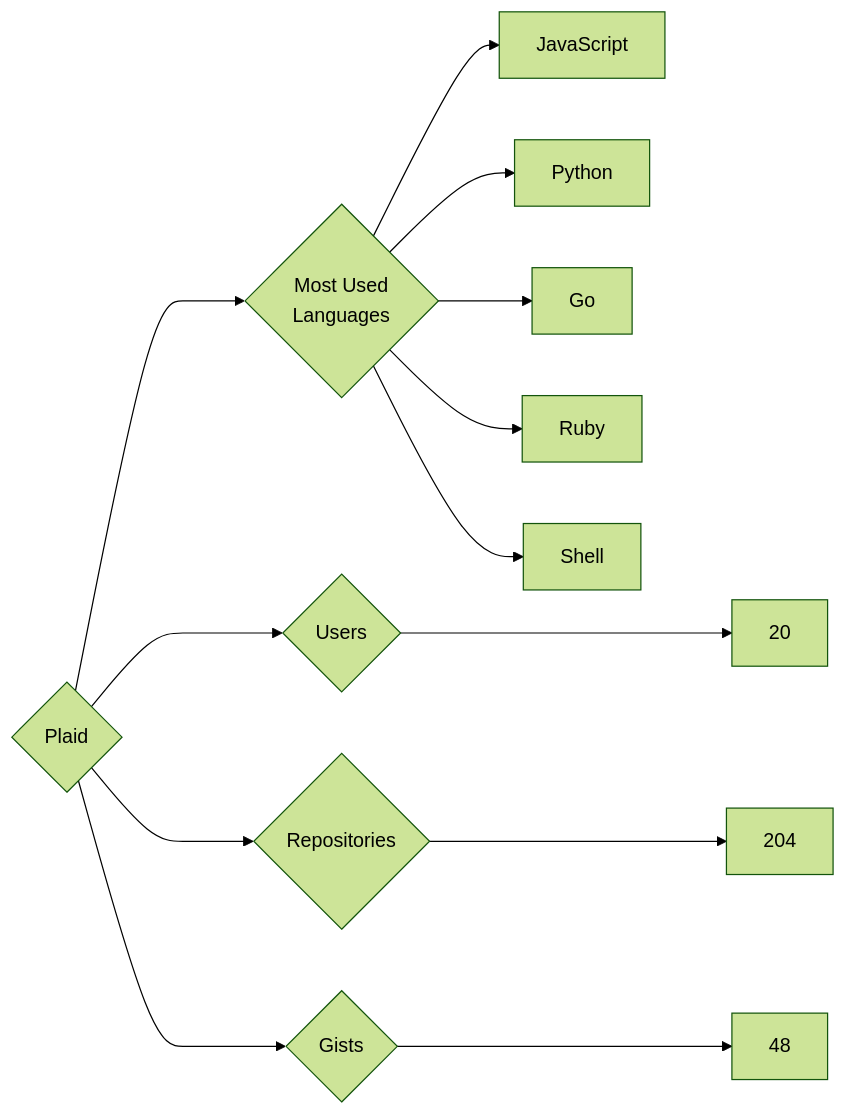
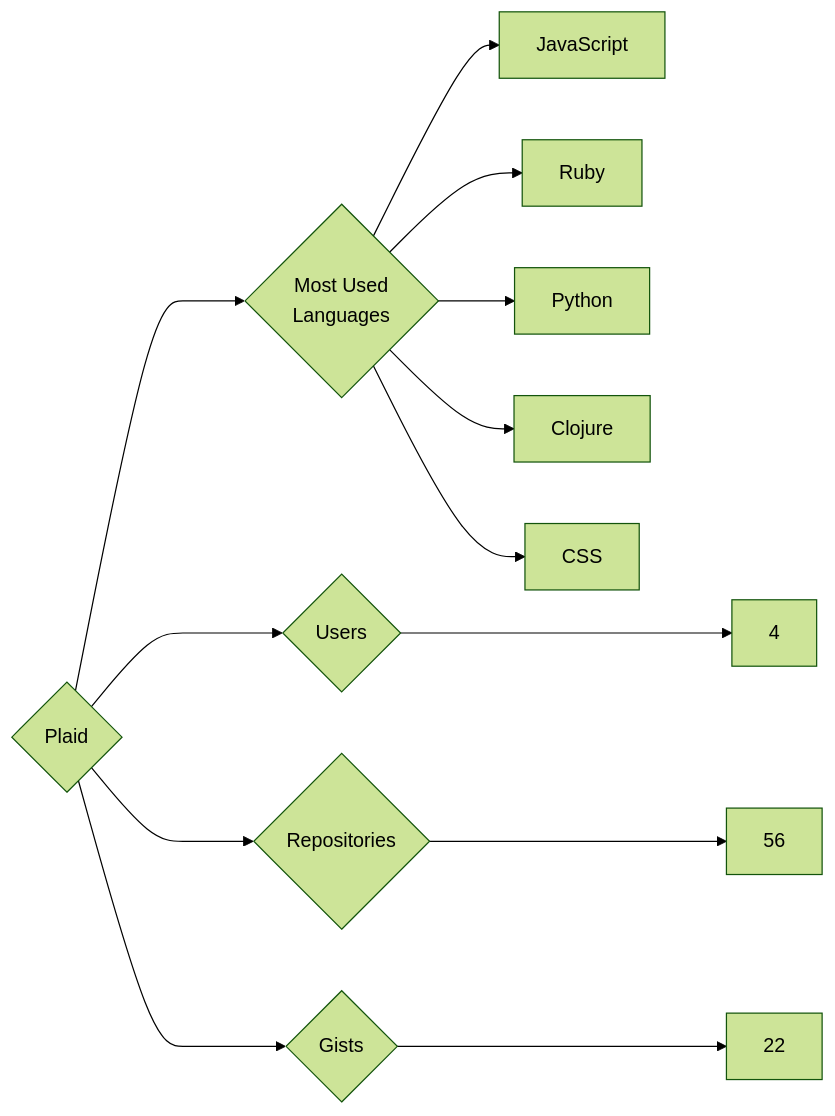
The diagram in targets/Plaid/README.md (trickest/insiders), drawn with Mermaid (forest theme) before and after one commit. The commit also changed 886 other files, not shown here.

````diff
--- a/targets/Plaid/README.md
+++ b/targets/Plaid/README.md
@@ -3,13 +3,13 @@
 ```mermaid
 graph LR
 COMPANY_NAME{Plaid}
-COMPANY_NAME ---> U{Users} ---> UN[20]
-COMPANY_NAME ---> R{Repositories} ---> RN[204]
-COMPANY_NAME ---> G{Gists} ---> GN[48]
+COMPANY_NAME ---> U{Users} ---> UN[4]
+COMPANY_NAME ---> R{Repositories} ---> RN[56]
+COMPANY_NAME ---> G{Gists} ---> GN[22]
 COMPANY_NAME ---> ML{Most Used<br>Languages}
 ML --> JavaScript[JavaScript]
+ML --> Ruby[Ruby]
 ML --> Python[Python]
-ML --> Go[Go]
-ML --> Ruby[Ruby]
-ML --> Shell[Shell]
+ML --> Clojure[Clojure]
+ML --> CSS[CSS]
 ```
````
